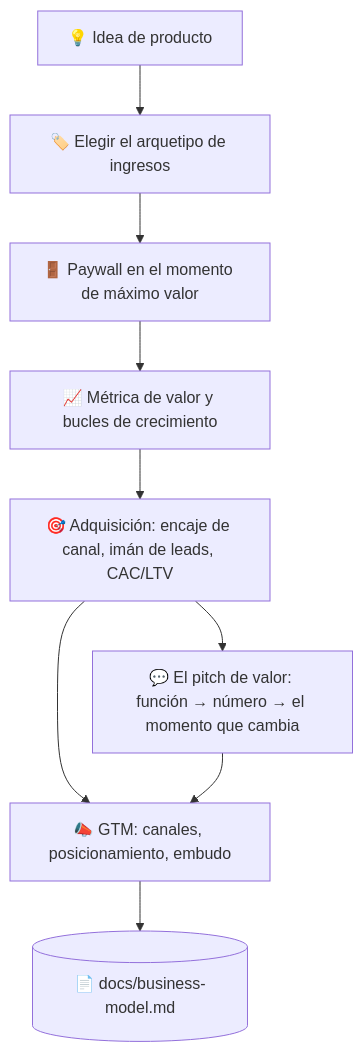
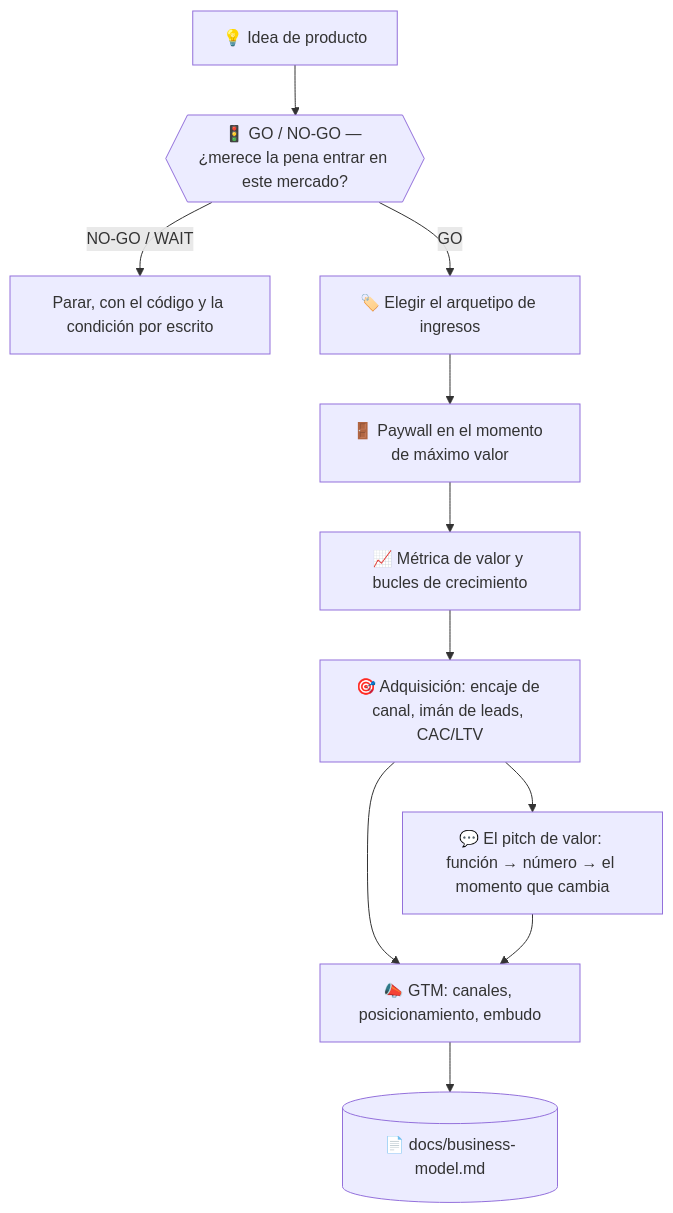
Before and after one commit to takaoumehara/superforge-skill: the diagram in skills/superforge-biz/README.es.md, drawn with Mermaid. The commit also changed other lines of this file and 92 other files, not shown here.

````diff
--- a/skills/superforge-biz/README.es.md
+++ b/skills/superforge-biz/README.es.md
@@ -23,11 +23,13 @@
 ```mermaid
 flowchart TD
-    I[💡 Idea de producto] --> A[🏷️ Elegir el arquetipo de ingresos]
+    I[💡 Idea de producto] --> Z{{🚦 GO / NO-GO — ¿merece la pena entrar en este mercado?}}
+    Z -->|NO-GO / WAIT| ZS[Parar, con el código y la condición por escrito]
+    Z -->|GO| A[🏷️ Elegir el arquetipo de ingresos]
     A --> B[🚪 Paywall en el momento de máximo valor]
     B --> C[📈 Métrica de valor y bucles de crecimiento]
     C --> D[🎯 Adquisición: encaje de canal, imán de leads, CAC/LTV]
     D --> P[💬 El pitch de valor: función → número → el momento que cambia]
     D --> E2[📣 GTM: canales, posicionamiento, embudo]
     P --> E2
     E2 --> E[(📄 docs/business-model.md)]
 ```
````
